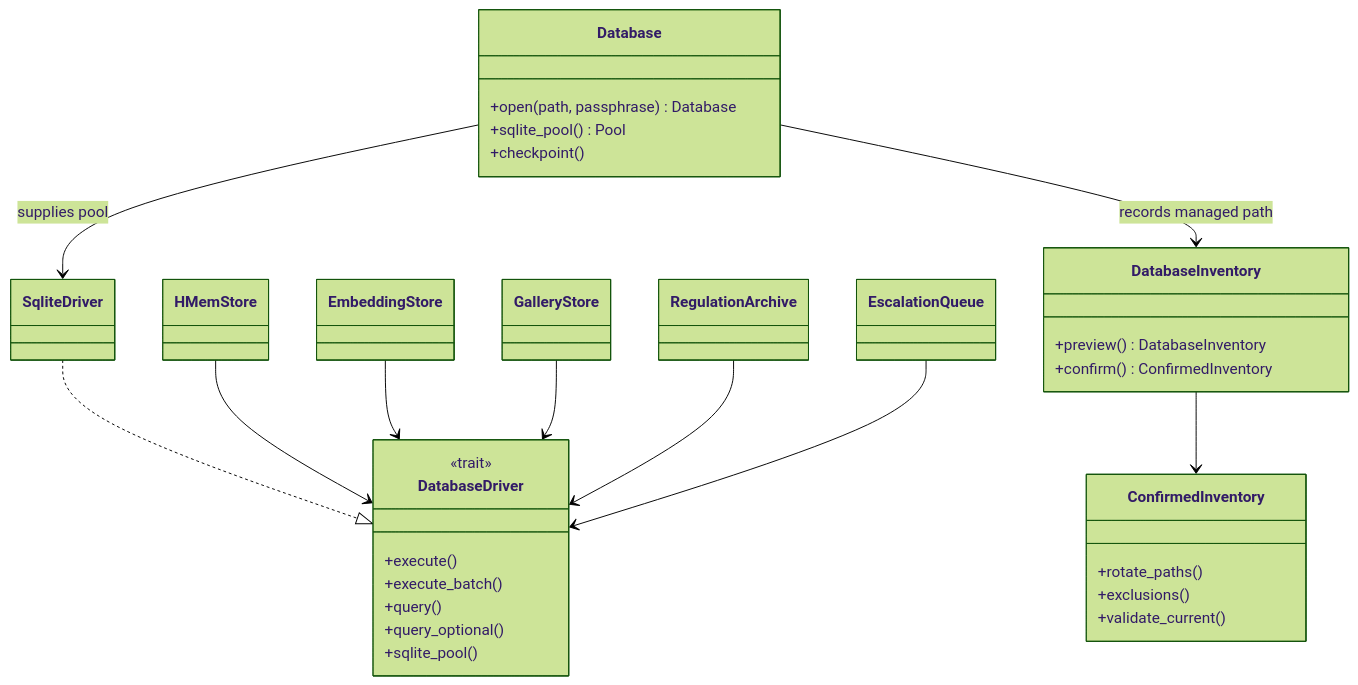
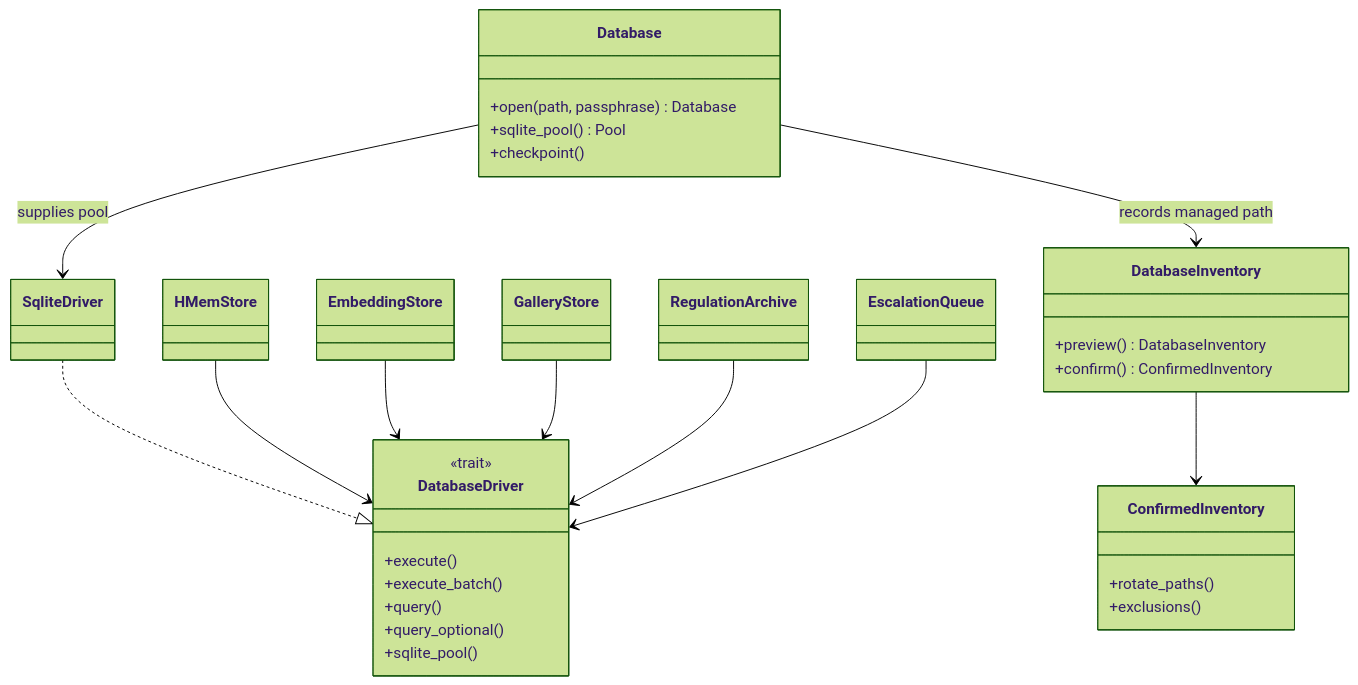
One commit to mdz-axo/zed-kask changed the first of 3 diagrams in kask/docs/diataxis/hkask-storage/reference.md. Above: the diagram before and after it, drawn with Mermaid (forest theme). The commit also changed other lines of this file and 60 other files, not shown here.

````diff
--- a/kask/docs/diataxis/hkask-storage/reference.md
+++ b/kask/docs/diataxis/hkask-storage/reference.md
@@ -50,40 +50,39 @@
 ```mermaid
 classDiagram
     class Database {
         +open(path, passphrase) Database
         +sqlite_pool() Pool
         +checkpoint()
     }
     class DatabaseDriver {
         <<trait>>
         +execute()
         +execute_batch()
         +query()
         +query_optional()
         +sqlite_pool()
     }
     class SqliteDriver
     class DatabaseInventory {
         +preview() DatabaseInventory
         +confirm() ConfirmedInventory
     }
     class ConfirmedInventory {
         +rotate_paths()
         +exclusions()
-        +validate_current()
     }
     class HMemStore
     class EmbeddingStore
     class GalleryStore
     class RegulationArchive
     class EscalationQueue
     SqliteDriver ..|> DatabaseDriver
     Database --> SqliteDriver : supplies pool
     Database --> DatabaseInventory : records managed path
     DatabaseInventory --> ConfirmedInventory
     HMemStore --> DatabaseDriver
     EmbeddingStore --> DatabaseDriver
     GalleryStore --> DatabaseDriver
     RegulationArchive --> DatabaseDriver
     EscalationQueue --> DatabaseDriver
 ```
````
